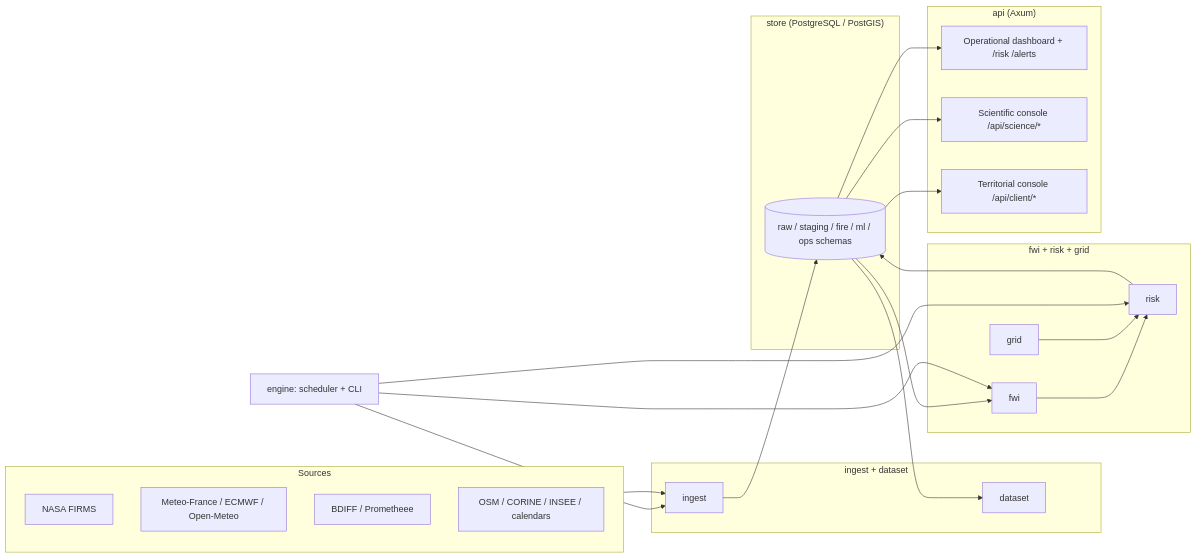
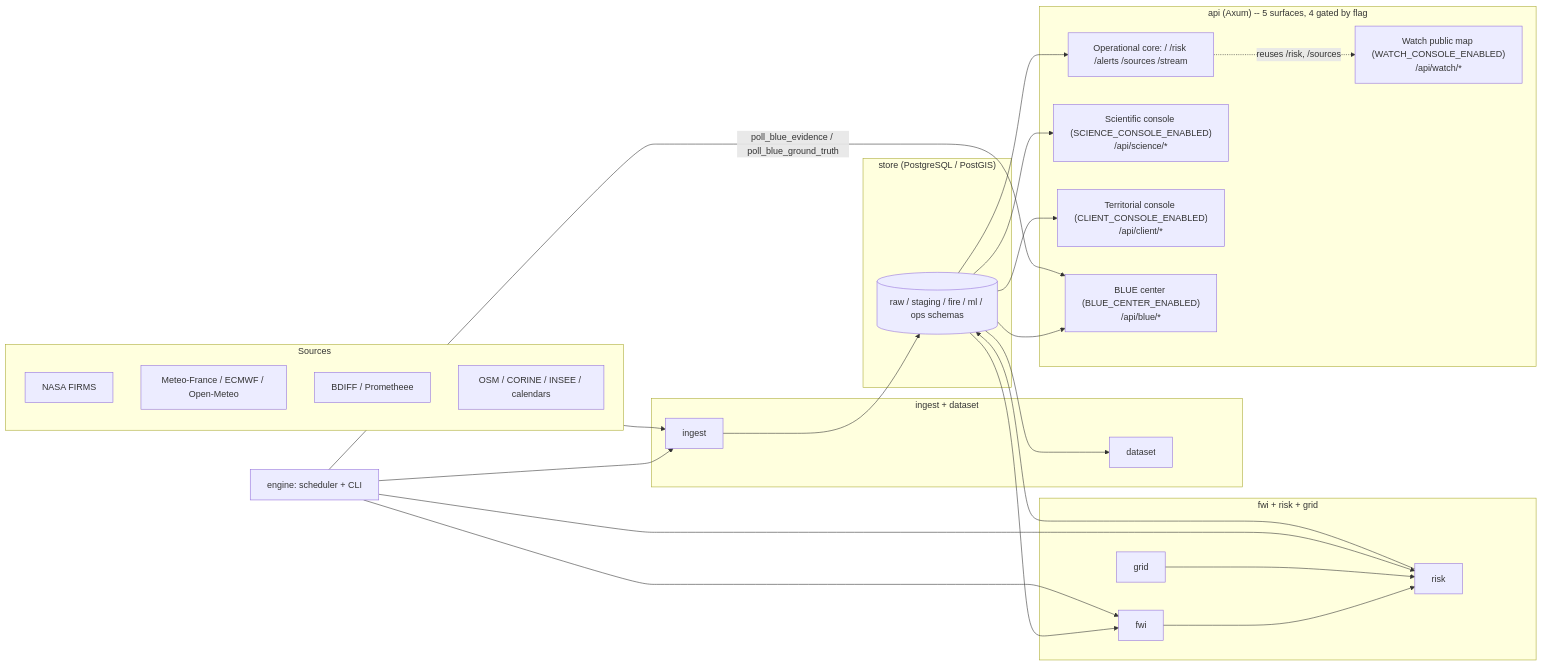
Before and after one commit to supremexxx/erytheon: the diagram in docs/architecture.md, drawn with Mermaid. The commit also changed other lines of this file and 1 other file, not shown here.

First line of the commit message:
docs: realign architecture and API documentation

````diff
--- a/docs/architecture.md
+++ b/docs/architecture.md
@@ -22,44 +27,49 @@
 ```mermaid
 flowchart LR
     subgraph Sources
         FIRMS[NASA FIRMS]
         MF[Meteo-France / ECMWF / Open-Meteo]
         HIST[BDIFF / Prometheee]
         TERR[OSM / CORINE / INSEE / calendars]
     end
 
     subgraph ingest_dataset["ingest + dataset"]
         ING[ingest]
         DS[dataset]
     end
 
     subgraph compute["fwi + risk + grid"]
         FWI[fwi]
         RISK[risk]
         GRID[grid]
     end
 
     subgraph store_layer["store (PostgreSQL / PostGIS)"]
         STORE[(raw / staging / fire / ml / ops schemas)]
     end
 
-    subgraph api_layer["api (Axum)"]
-        OPS[Operational dashboard + /risk /alerts]
-        SCI[Scientific console /api/science/*]
-        TERRVIEW[Territorial console /api/client/*]
+    subgraph api_layer["api (Axum) -- 5 surfaces, 4 gated by flag"]
+        OPS[Operational core: / /risk /alerts /sources /stream]
+        SCI["Scientific console (SCIENCE_CONSOLE_ENABLED)<br/>/api/science/*"]
+        TERRVIEW["Territorial console (CLIENT_CONSOLE_ENABLED)<br/>/api/client/*"]
+        BLUEC["BLUE center (BLUE_CENTER_ENABLED)<br/>/api/blue/*"]
+        WATCHC["Watch public map (WATCH_CONSOLE_ENABLED)<br/>/api/watch/*"]
     end
 
     ENGINE[engine: scheduler + CLI]
 
     Sources --> ING --> STORE
     STORE --> DS
     STORE --> FWI --> RISK
     GRID --> RISK
     RISK --> STORE
     STORE --> OPS
     STORE --> SCI
     STORE --> TERRVIEW
+    STORE --> BLUEC
+    OPS -.reuses /risk, /sources.-> WATCHC
     ENGINE --> ING
     ENGINE --> FWI
     ENGINE --> RISK
+    ENGINE -- "poll_blue_evidence / poll_blue_ground_truth" --> BLUEC
 ```
````
